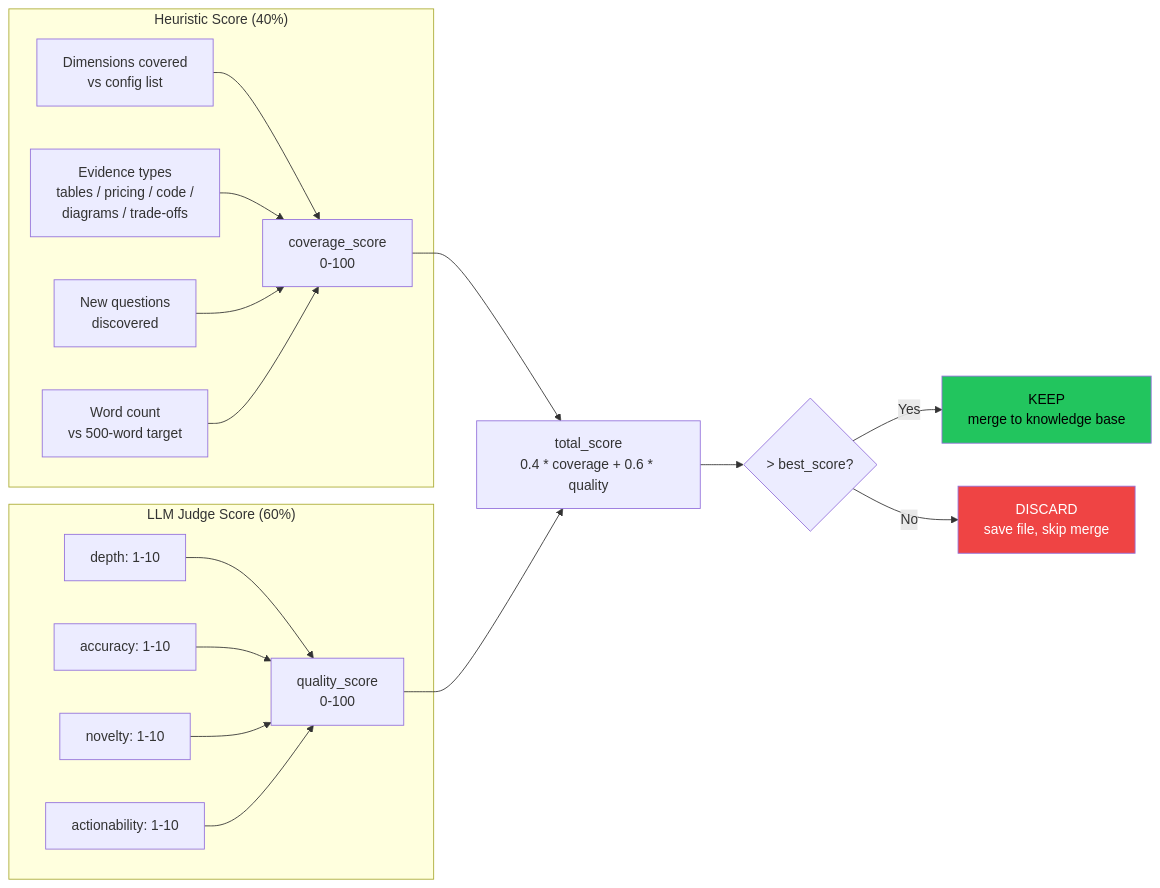
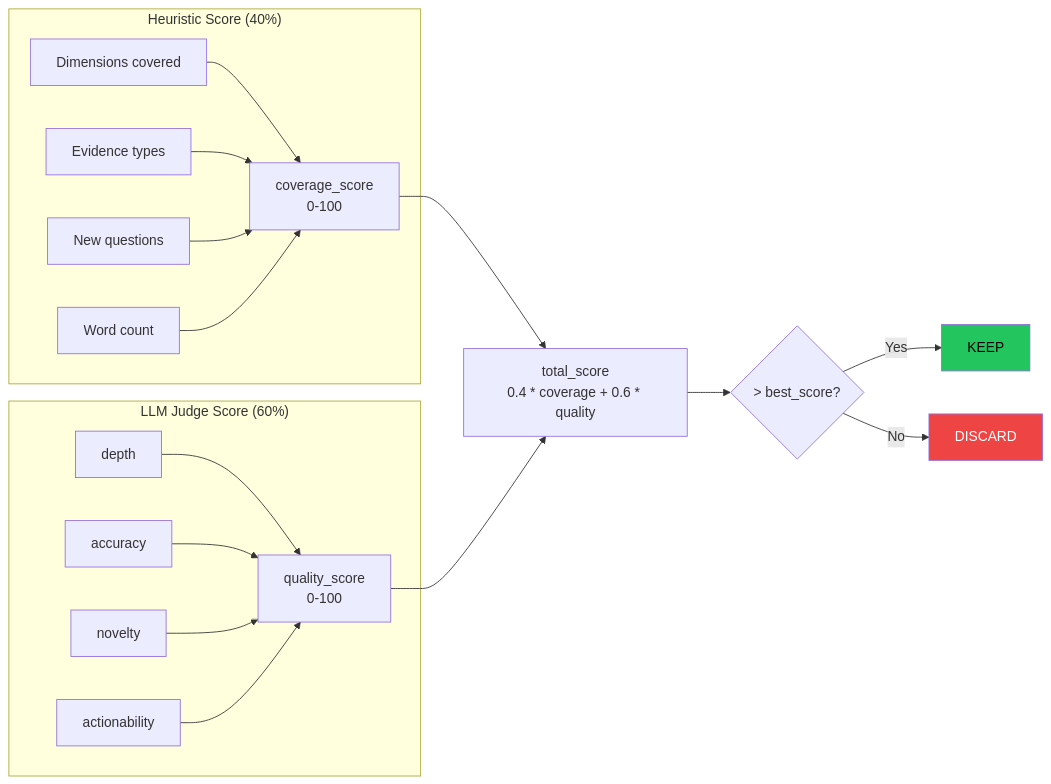
Before and after one commit to josefigueredo/auto-research: the second of 2 diagrams in README.md, drawn with Mermaid. The commit also changed other lines of this file, not shown here.

````diff
--- a/README.md
+++ b/README.md
@@ -574,27 +117,19 @@
 ```mermaid
 flowchart LR
     subgraph HEURISTIC ["Heuristic Score (40%)"]
-        H1[Dimensions covered<br>vs config list]
-        H2[Evidence types<br>tables / pricing / code /<br>diagrams / trade-offs]
-        H3[New questions<br>discovered]
-        H4[Word count<br>vs 500-word target]
-        H1 & H2 & H3 & H4 --> HS[coverage_score<br>0-100]
+        H1[Dimensions covered] & H2[Evidence types] & H3[New questions] & H4[Word count] --> HS[coverage_score<br>0-100]
     end
 
     subgraph JUDGE ["LLM Judge Score (60%)"]
-        J1[depth: 1-10]
-        J2[accuracy: 1-10]
-        J3[novelty: 1-10]
-        J4[actionability: 1-10]
-        J1 & J2 & J3 & J4 --> JS[quality_score<br>0-100]
+        J1[depth] & J2[accuracy] & J3[novelty] & J4[actionability] --> JS[quality_score<br>0-100]
     end
 
     HS --> TOTAL["total_score<br>0.4 * coverage + 0.6 * quality"]
     JS --> TOTAL
     TOTAL --> CMP{"> best_score?"}
-    CMP -->|Yes| KEEP["KEEP<br>merge to knowledge base"]
-    CMP -->|No| DISCARD["DISCARD<br>save file, skip merge"]
+    CMP -->|Yes| KEEP["KEEP"]
+    CMP -->|No| DISCARD["DISCARD"]
 
     style KEEP fill:#22c55e,color:#000
     style DISCARD fill:#ef4444,color:#fff
 ```
````
